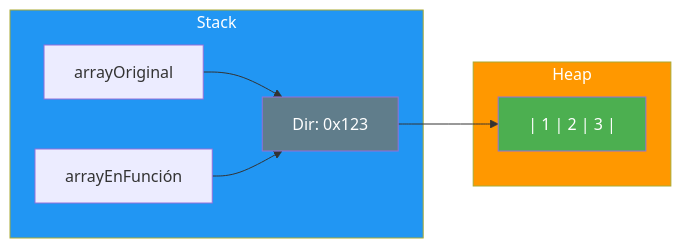
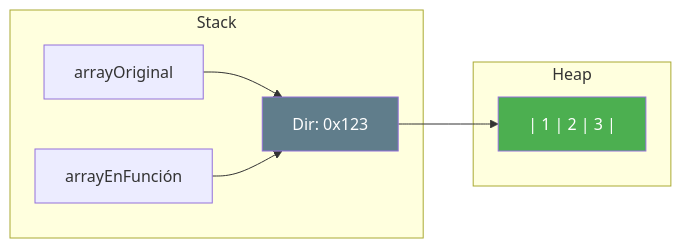
The second of 4 diagrams in 02-arrays-unidimensionales.md (joseluisgs/Programacion-03-2026-2027), drawn with Mermaid before and after one commit. The commit also changed other lines of this file and 2 other files, not shown here.

Commit message:
docs: elimina los style de los subgraf de los diagramas Mermaid
Las cajas contenedoras quedan transparentes con su borde y el color va solo en los nodos; si no, la caja se funde con lo de dentro

````diff
--- a/02-arrays-unidimensionales.md
+++ b/02-arrays-unidimensionales.md
@@ -194,14 +194,12 @@
 ```mermaid
 graph LR
     subgraph STACK ["Stack"]
         A["arrayOriginal"] --> PTR["Dir: 0x123"]
         B["arrayEnFunción"] --> PTR
     end
     subgraph HEAP ["Heap"]
         PTR --> DATA["| 1 | 2 | 3 |"]
     end
-    style STACK fill:#2196F3,color:#fff
-    style HEAP fill:#FF9800,color:#fff
     style PTR fill:#607D8B,color:#fff
     style DATA fill:#4CAF50,color:#fff
 ```
````
